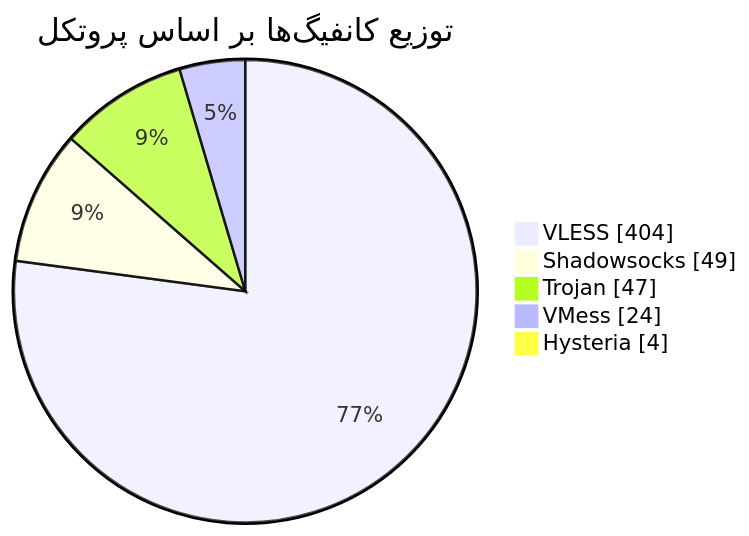
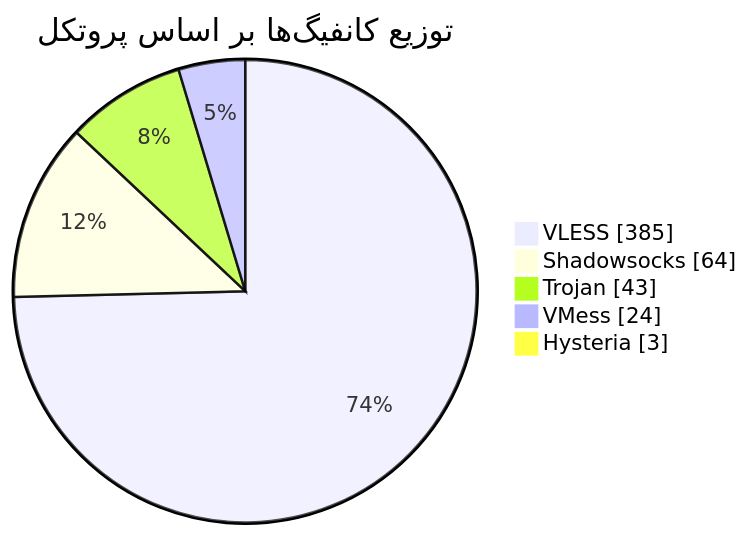
The diagram in README.md (Arian-Alijani/Somthing), drawn with Mermaid before and after one commit. The commit also changed other lines of this file and 77 other files, not shown here.

````diff
--- a/README.md
+++ b/README.md
@@ -47,9 +47,9 @@
 ```mermaid
 pie showData
     title توزیع کانفیگ‌ها بر اساس پروتکل
-    "VLESS" : 404
-    "Shadowsocks" : 49
-    "Trojan" : 47
+    "VLESS" : 385
+    "Shadowsocks" : 64
+    "Trojan" : 43
     "VMess" : 24
-    "Hysteria" : 4
+    "Hysteria" : 3
 ```
````
